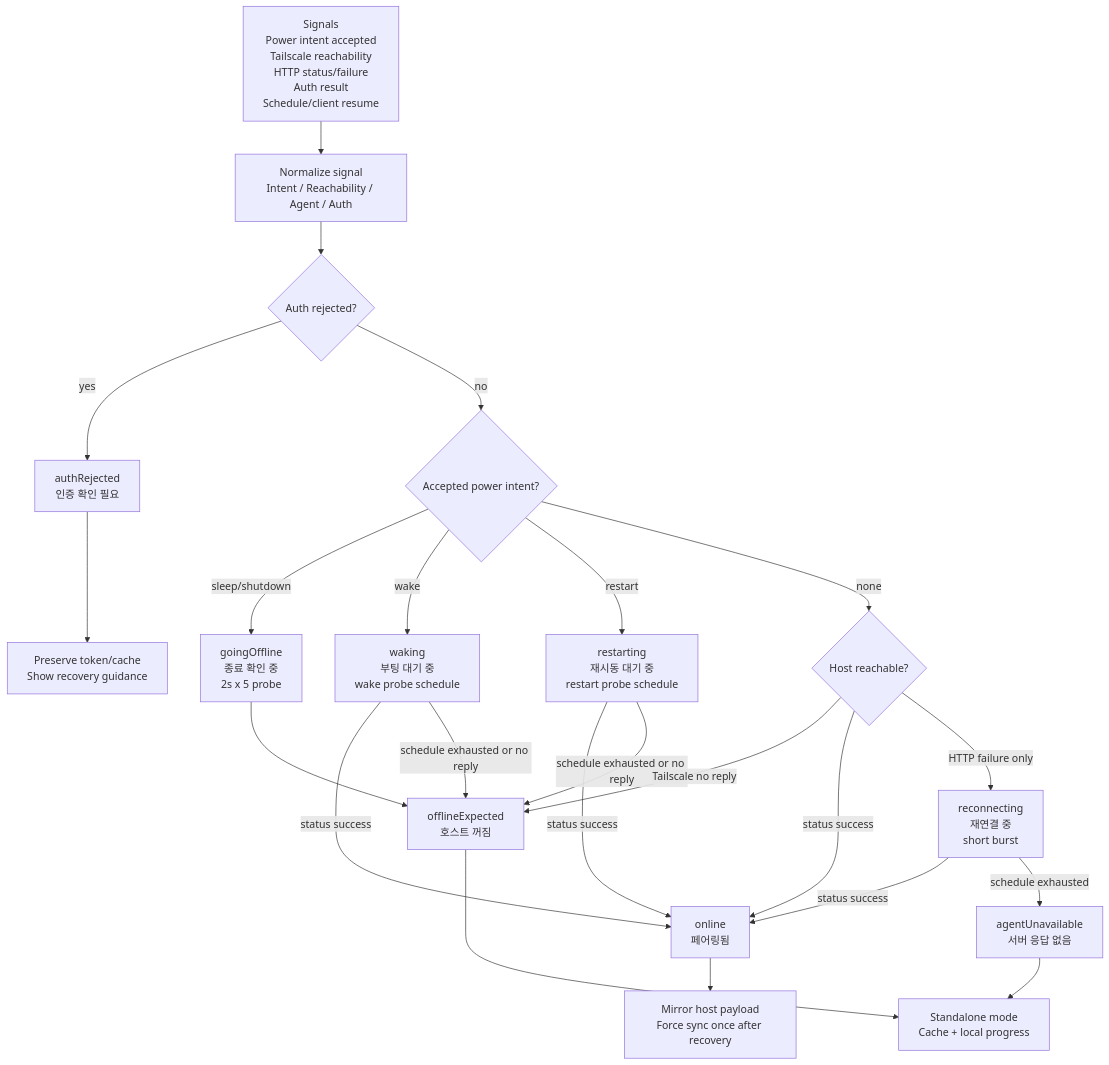
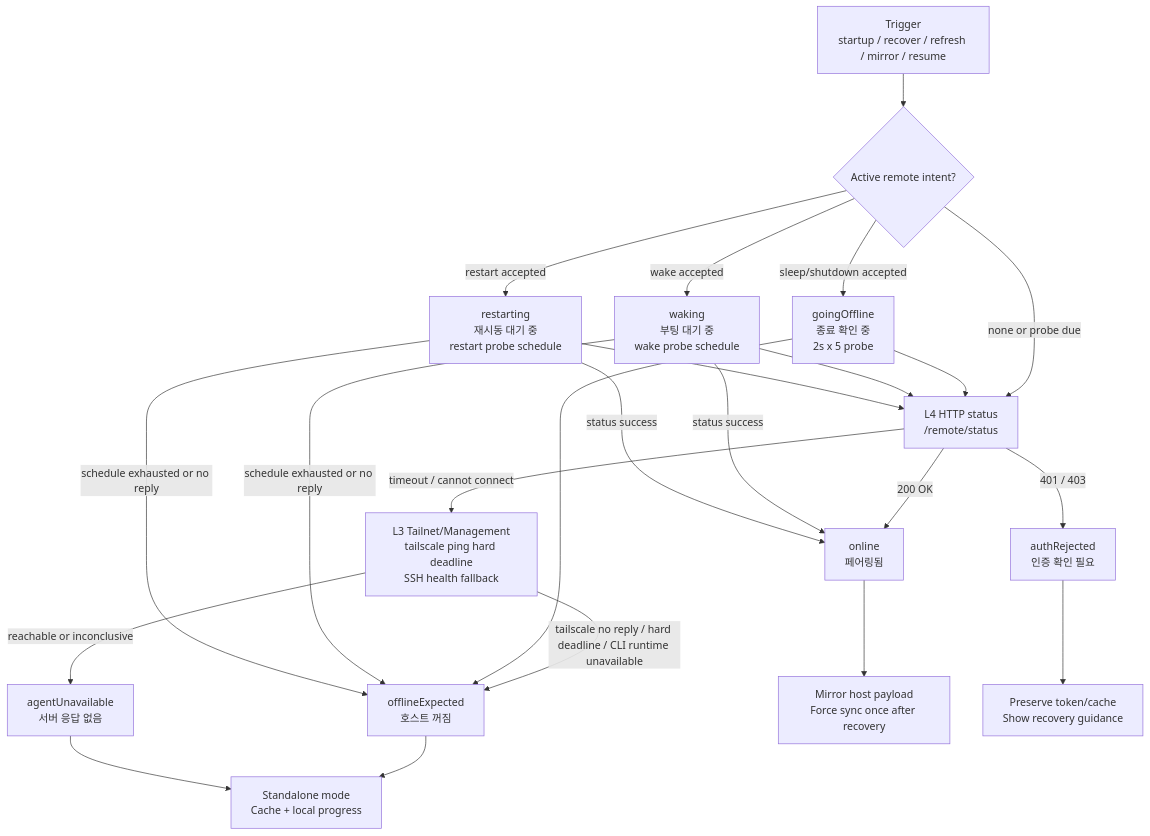
Before and after one commit to lsh930309/HomeworkHelperServer: the diagram in REMOTE_CONNECTION_SUPERVISOR.md, drawn with Mermaid. The commit also changed other lines of this file and 10 other files, not shown here.

````diff
--- a/REMOTE_CONNECTION_SUPERVISOR.md
+++ b/REMOTE_CONNECTION_SUPERVISOR.md
@@ -32,31 +46,31 @@
 ```mermaid
 flowchart TB
-    Signal["Signals<br/>Power intent accepted<br/>Tailscale reachability<br/>HTTP status/failure<br/>Auth result<br/>Schedule/client resume"] --> Normalize["Normalize signal<br/>Intent / Reachability / Agent / Auth"]
+    Trigger["Trigger<br/>startup / recover / refresh / mirror / resume"] --> Intent{Active remote intent?}
 
-    Normalize --> Auth{Auth rejected?}
-    Auth -->|yes| AuthRejected["authRejected<br/>인증 확인 필요"]
-    Auth -->|no| Intent{Accepted power intent?}
+    Intent -->|sleep/shutdown accepted| GoingOffline["goingOffline<br/>종료 확인 중<br/>2s x 5 probe"]
+    Intent -->|wake accepted| Waking["waking<br/>부팅 대기 중<br/>wake probe schedule"]
+    Intent -->|restart accepted| Restarting["restarting<br/>재시동 대기 중<br/>restart probe schedule"]
+    Intent -->|none or probe due| HTTP["L4 HTTP status<br/>/remote/status"]
 
-    Intent -->|sleep/shutdown| GoingOffline["goingOffline<br/>종료 확인 중<br/>2s x 5 probe"]
-    Intent -->|wake| Waking["waking<br/>부팅 대기 중<br/>wake probe schedule"]
-    Intent -->|restart| Restarting["restarting<br/>재시동 대기 중<br/>restart probe schedule"]
-    Intent -->|none| Reachability{Host reachable?}
+    GoingOffline --> HTTP
+    Waking --> HTTP
+    Restarting --> HTTP
+
+    HTTP -->|200 OK| Online["online<br/>페어링됨"]
+    HTTP -->|401 / 403| AuthRejected["authRejected<br/>인증 확인 필요"]
+    HTTP -->|timeout / cannot connect| Management["L3 Tailnet/Management<br/>tailscale ping hard deadline<br/>SSH health fallback"]
+
+    Management -->|tailscale no reply / hard deadline / CLI runtime unavailable| ExpectedOffline["offlineExpected<br/>호스트 꺼짐"]
+    Management -->|reachable or inconclusive| AgentUnavailable["agentUnavailable<br/>서버 응답 없음"]
 
     GoingOffline --> ExpectedOffline["offlineExpected<br/>호스트 꺼짐"]
-    Waking -->|status success| Online["online<br/>페어링됨"]
+    Waking -->|status success| Online
     Waking -->|schedule exhausted or no reply| ExpectedOffline
     Restarting -->|status success| Online
     Restarting -->|schedule exhausted or no reply| ExpectedOffline
-
-    Reachability -->|Tailscale no reply| ExpectedOffline
-    Reachability -->|status success| Online
-    Reachability -->|HTTP failure only| Reconnecting["reconnecting<br/>재연결 중<br/>short burst"]
-
-    Reconnecting -->|status success| Online
-    Reconnecting -->|schedule exhausted| AgentUnavailable["agentUnavailable<br/>서버 응답 없음"]
 
     Online --> Mirror["Mirror host payload<br/>Force sync once after recovery"]
     ExpectedOffline --> Standalone["Standalone mode<br/>Cache + local progress"]
     AgentUnavailable --> Standalone
     AuthRejected --> Preserve["Preserve token/cache<br/>Show recovery guidance"]
 ```
````
